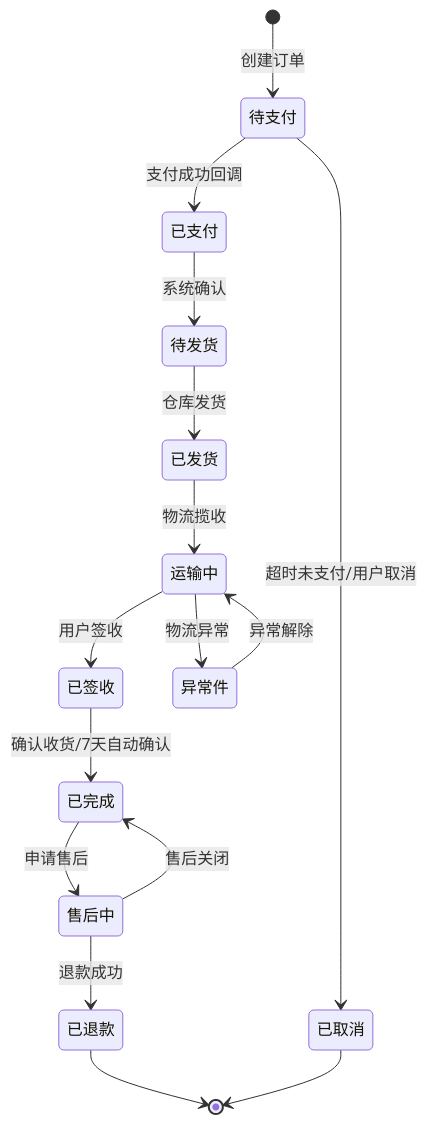
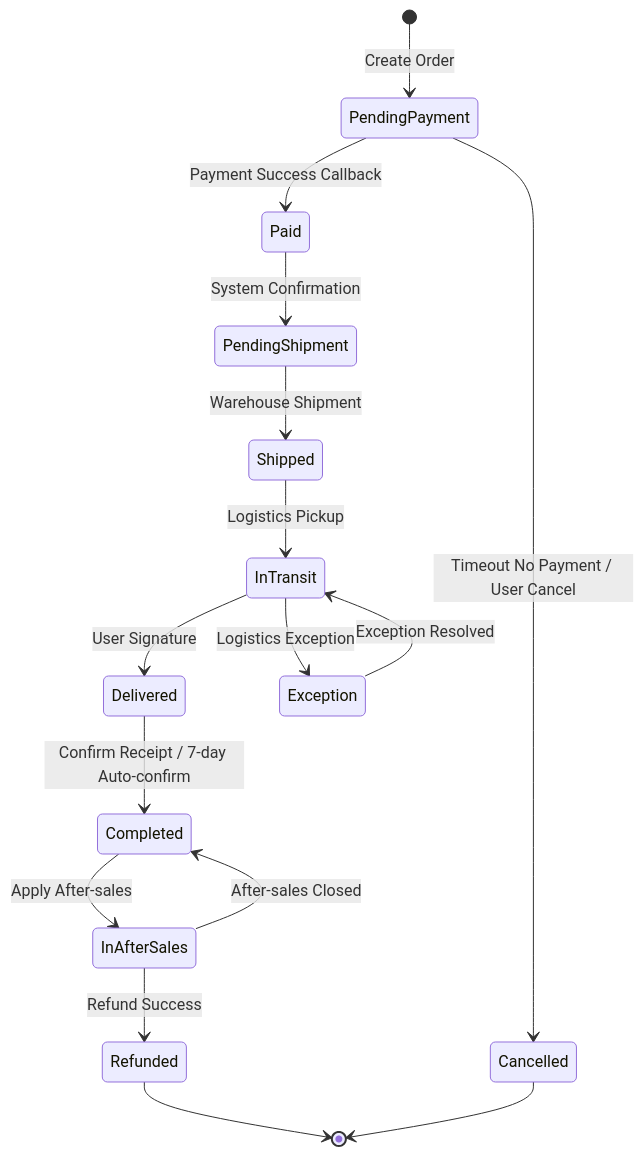
Before and after one commit to Kirky-X/cangjie: the ninth of 12 diagrams in templates/产品/产品层/【模板】产品需求文档.md, drawn with Mermaid. The commit also changed other lines of this file and 46 other files, not shown here.

````diff
--- a/templates/产品/产品层/【模板】产品需求文档.md
+++ b/templates/产品/产品层/【模板】产品需求文档.md
@@ -461,18 +461,18 @@
 ```mermaid
 stateDiagram-v2
-    [*] --> 待支付: 创建订单
-    待支付 --> 已支付: 支付成功回调
-    待支付 --> 已取消: 超时未支付/用户取消
-    已支付 --> 待发货: 系统确认
-    待发货 --> 已发货: 仓库发货
-    已发货 --> 运输中: 物流揽收
-    运输中 --> 已签收: 用户签收
-    运输中 --> 异常件: 物流异常
-    异常件 --> 运输中: 异常解除
-    已签收 --> 已完成: 确认收货/7天自动确认
-    已完成 --> 售后中: 申请售后
-    售后中 --> 已完成: 售后关闭
-    售后中 --> 已退款: 退款成功
-    已退款 --> [*]
-    已取消 --> [*]
+    [*] --> PendingPayment: Create Order
+    PendingPayment --> Paid: Payment Success Callback
+    PendingPayment --> Cancelled: Timeout No Payment / User Cancel
+    Paid --> PendingShipment: System Confirmation
+    PendingShipment --> Shipped: Warehouse Shipment
+    Shipped --> InTransit: Logistics Pickup
+    InTransit --> Delivered: User Signature
+    InTransit --> Exception: Logistics Exception
+    Exception --> InTransit: Exception Resolved
+    Delivered --> Completed: Confirm Receipt / 7-day Auto-confirm
+    Completed --> InAfterSales: Apply After-sales
+    InAfterSales --> Completed: After-sales Closed
+    InAfterSales --> Refunded: Refund Success
+    Refunded --> [*]
+    Cancelled --> [*]
 ```
````
